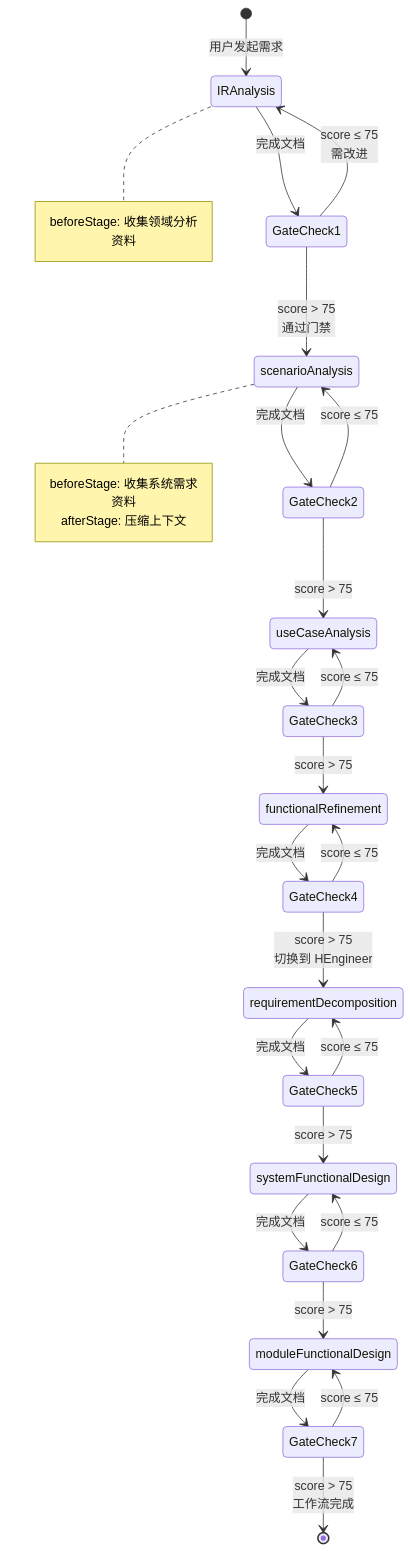
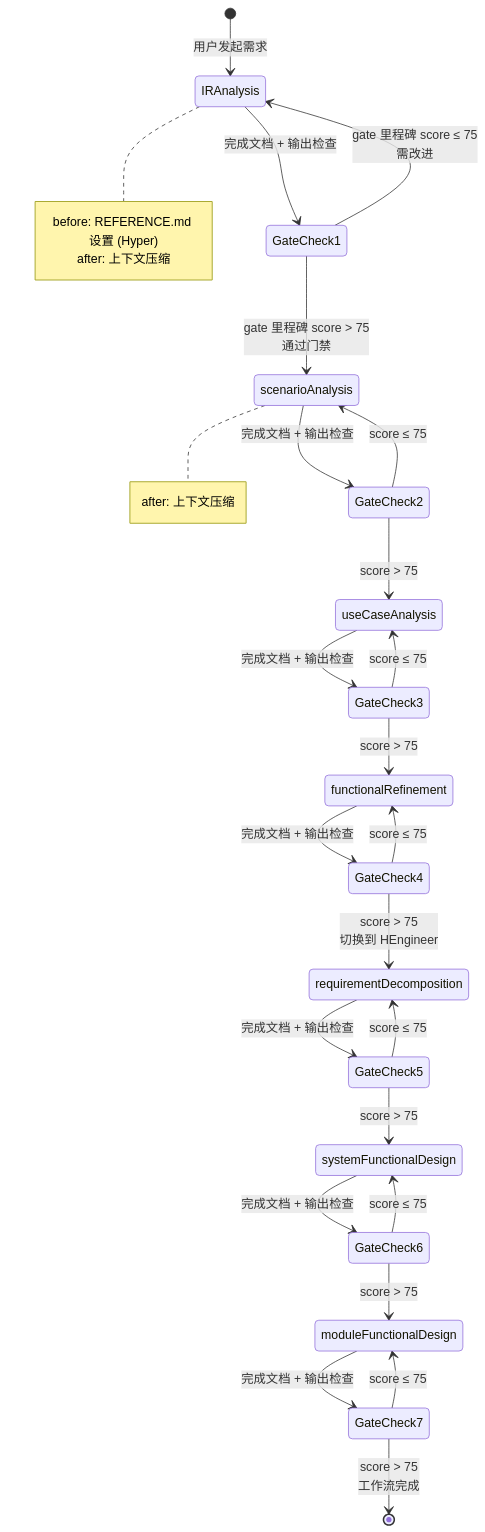
One commit to aiimoyu/hyper-designer changed the fourth of 4 diagrams in TECHNICAL_WIKI.md. Above: the diagram before and after it, drawn with Mermaid. The commit also changed other lines of this file, not shown here.

````diff
--- a/TECHNICAL_WIKI.md
+++ b/TECHNICAL_WIKI.md
@@ -852,41 +849,41 @@
 ```mermaid
 stateDiagram-v2
     [*] --> IRAnalysis: 用户发起需求
     
-    IRAnalysis --> GateCheck1: 完成文档
-    GateCheck1 --> IRAnalysis: score ≤ 75<br/>需改进
-    GateCheck1 --> scenarioAnalysis: score > 75<br/>通过门禁
+    IRAnalysis --> GateCheck1: 完成文档 + 输出检查
+    GateCheck1 --> IRAnalysis: gate 里程碑 score ≤ 75<br/>需改进
+    GateCheck1 --> scenarioAnalysis: gate 里程碑 score > 75<br/>通过门禁
     
-    scenarioAnalysis --> GateCheck2: 完成文档
+    scenarioAnalysis --> GateCheck2: 完成文档 + 输出检查
     GateCheck2 --> scenarioAnalysis: score ≤ 75
     GateCheck2 --> useCaseAnalysis: score > 75
     
-    useCaseAnalysis --> GateCheck3: 完成文档
+    useCaseAnalysis --> GateCheck3: 完成文档 + 输出检查
     GateCheck3 --> useCaseAnalysis: score ≤ 75
     GateCheck3 --> functionalRefinement: score > 75
     
-    functionalRefinement --> GateCheck4: 完成文档
+    functionalRefinement --> GateCheck4: 完成文档 + 输出检查
     GateCheck4 --> functionalRefinement: score ≤ 75
     GateCheck4 --> requirementDecomposition: score > 75<br/>切换到 HEngineer
     
-    requirementDecomposition --> GateCheck5: 完成文档
+    requirementDecomposition --> GateCheck5: 完成文档 + 输出检查
     GateCheck5 --> requirementDecomposition: score ≤ 75
     GateCheck5 --> systemFunctionalDesign: score > 75
     
-    systemFunctionalDesign --> GateCheck6: 完成文档
+    systemFunctionalDesign --> GateCheck6: 完成文档 + 输出检查
     GateCheck6 --> systemFunctionalDesign: score ≤ 75
     GateCheck6 --> moduleFunctionalDesign: score > 75
     
-    moduleFunctionalDesign --> GateCheck7: 完成文档
+    moduleFunctionalDesign --> GateCheck7: 完成文档 + 输出检查
     GateCheck7 --> moduleFunctionalDesign: score ≤ 75
     GateCheck7 --> [*]: score > 75<br/>工作流完成
     
     note right of IRAnalysis
-        beforeStage: 收集领域分析资料
+        before: REFERENCE.md 设置 (Hyper)
+        after: 上下文压缩
     end note
     
     note right of scenarioAnalysis
-        beforeStage: 收集系统需求资料
-        afterStage: 压缩上下文
+        after: 上下文压缩
     end note
 ```
````
